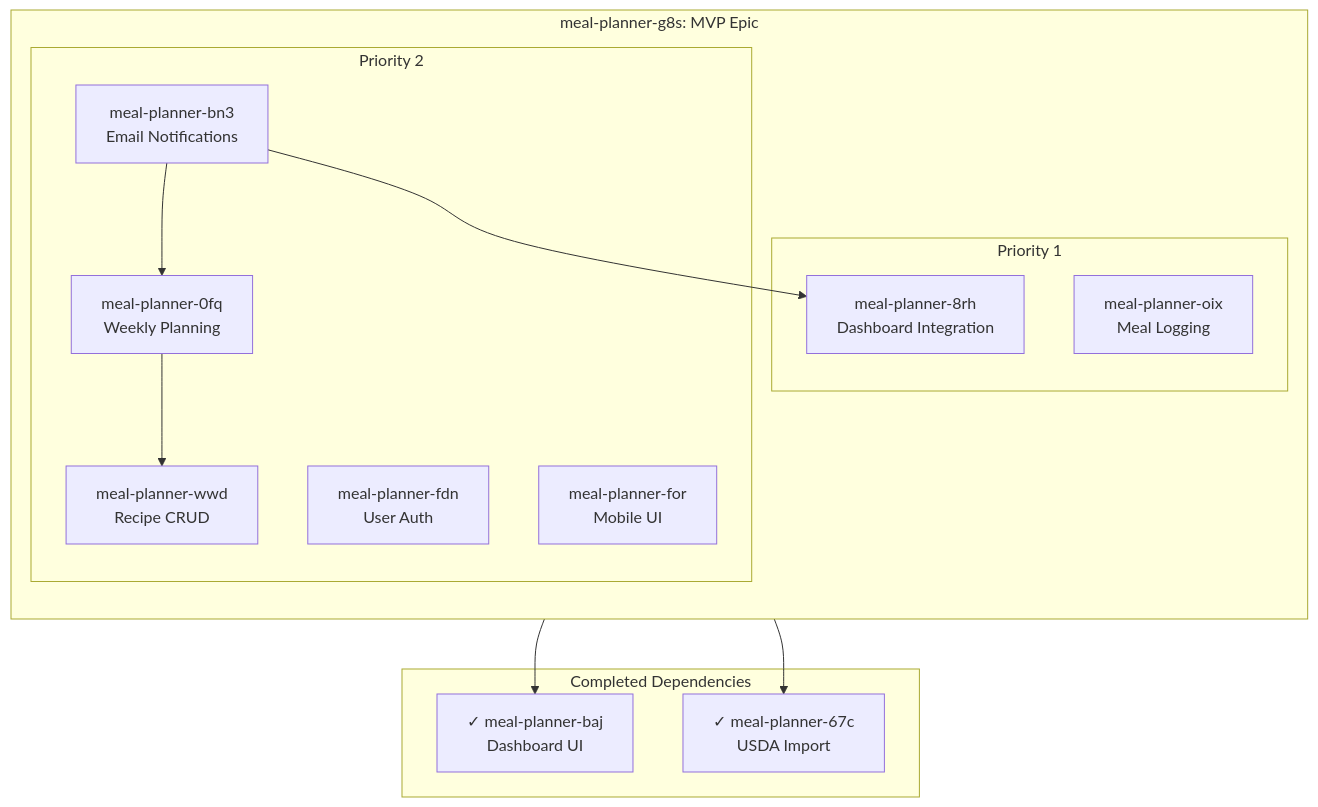
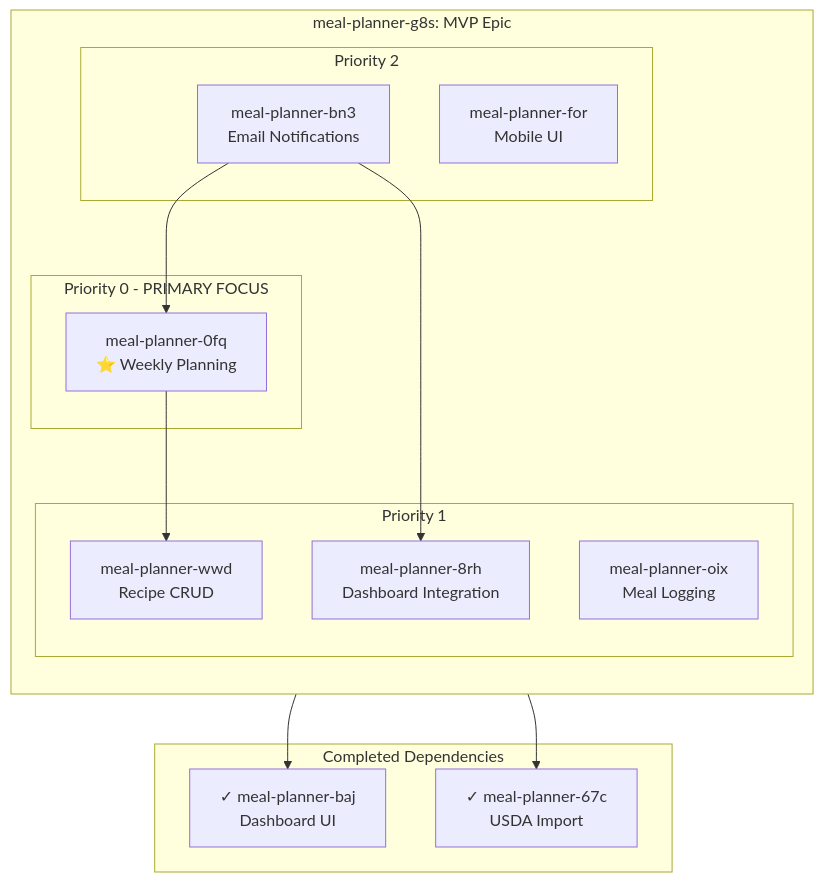
One commit to lprior-repo/meal-planner changed the diagram in docs/specs/epics/meal-planner-mvp.spec.md. Above: the diagram before and after it, drawn with Mermaid. The commit also changed other lines of this file and 2 other files, not shown here.

First line of the commit message:
spec: Prioritize weekly meal planning as PRIMARY feature, remove user auth from MVP

````diff
--- a/docs/specs/epics/meal-planner-mvp.spec.md
+++ b/docs/specs/epics/meal-planner-mvp.spec.md
@@ -27,30 +30,32 @@
 ```mermaid
 flowchart TD
   subgraph Epic["meal-planner-g8s: MVP Epic"]
     direction TB
 
+    subgraph P0["Priority 0 - PRIMARY FOCUS"]
+      0fq["meal-planner-0fq<br/>⭐ Weekly Planning"]
+    end
+
     subgraph P1["Priority 1"]
+      wwd["meal-planner-wwd<br/>Recipe CRUD"]
       8rh["meal-planner-8rh<br/>Dashboard Integration"]
       oix["meal-planner-oix<br/>Meal Logging"]
     end
 
     subgraph P2["Priority 2"]
-      wwd["meal-planner-wwd<br/>Recipe CRUD"]
-      0fq["meal-planner-0fq<br/>Weekly Planning"]
       bn3["meal-planner-bn3<br/>Email Notifications"]
-      fdn["meal-planner-fdn<br/>User Auth"]
       for["meal-planner-for<br/>Mobile UI"]
     end
   end
 
   subgraph Completed["Completed Dependencies"]
     baj["✓ meal-planner-baj<br/>Dashboard UI"]
     67c["✓ meal-planner-67c<br/>USDA Import"]
   end
 
+  0fq --> wwd
   8rh --> baj
   oix --> 67c
-  0fq --> wwd
   bn3 --> 0fq
   bn3 --> 8rh
 ```
````
